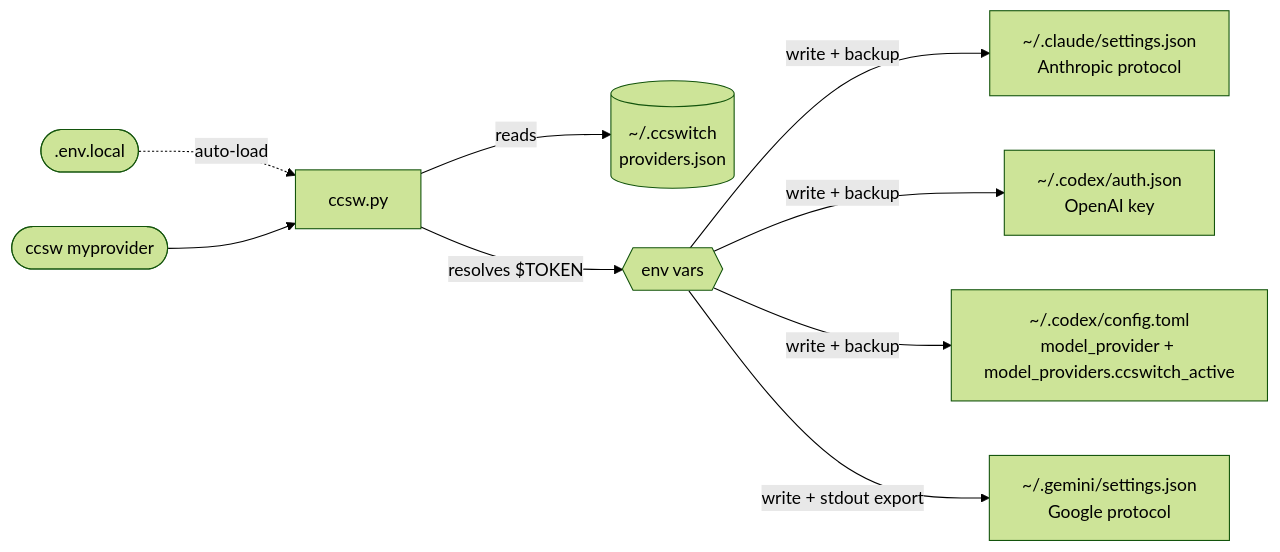
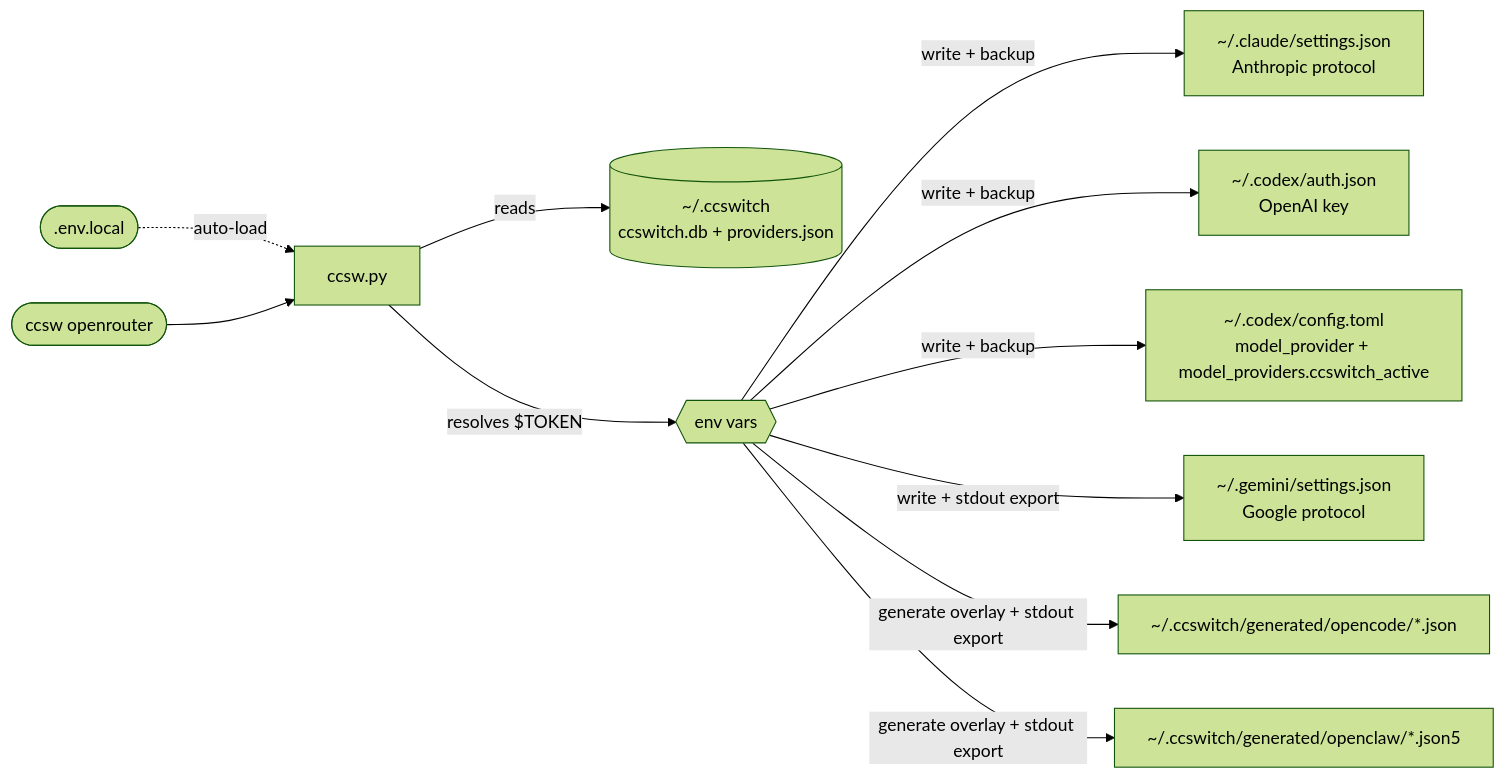
The diagram in README_EN.md (Boulea7/ccswitch-terminal), drawn with Mermaid (forest theme) before and after one commit. The commit also changed other lines of this file and 28 other files, not shown here.

````diff
--- a/README_EN.md
+++ b/README_EN.md
@@ -314,11 +509,13 @@
 ```mermaid
 flowchart LR
     L([".env.local"]) -. "auto-load" .-> P
-    U(["ccsw myprovider"]) --> P["ccsw.py"]
-    P -- "reads" --> DB[("~/.ccswitch\nproviders.json")]
+    U(["ccsw openrouter"]) --> P["ccsw.py"]
+    P -- "reads" --> DB[("~/.ccswitch\nccswitch.db + providers.json")]
     P -- "resolves $TOKEN" --> E{{"env vars"}}
     E -- "write + backup" --> C["~/.claude/settings.json\nAnthropic protocol"]
     E -- "write + backup" --> X["~/.codex/auth.json\nOpenAI key"]
     E -- "write + backup" --> T["~/.codex/config.toml\nmodel_provider + model_providers.ccswitch_active"]
     E -- "write + stdout export" --> G["~/.gemini/settings.json\nGoogle protocol"]
+    E -- "generate overlay + stdout export" --> O["~/.ccswitch/generated/opencode/*.json"]
+    E -- "generate overlay + stdout export" --> K["~/.ccswitch/generated/openclaw/*.json5"]
 ```
````
